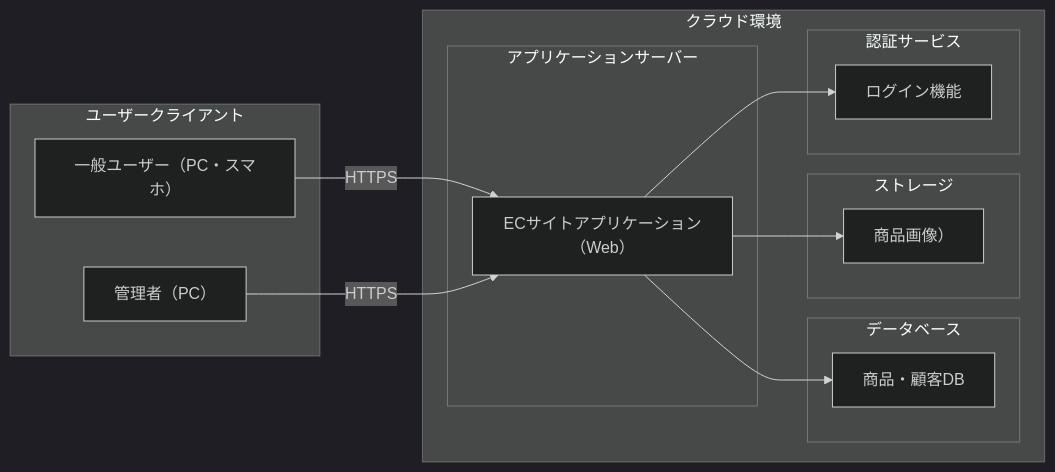
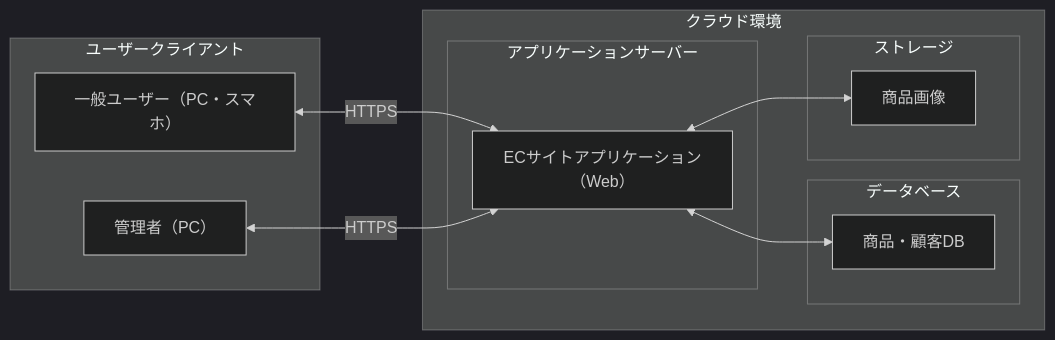
The first of 9 diagrams in 基本設計書/基本設計書.md (Rikumt12/Popcorn), drawn with Mermaid (dark theme) before and after one commit. The commit also changed other lines of this file, not shown here.

Commit message:
yamashita

````diff
--- a/基本設計書/基本設計書.md
+++ b/基本設計書/基本設計書.md
@@ -34,31 +34,26 @@
 ```mermaid
 graph LR
     subgraph ユーザークライアント
         A[一般ユーザー（PC・スマホ）]
         A2[管理者（PC）]
     end
  
     subgraph クラウド環境
         subgraph アプリケーションサーバー
             B[ECサイトアプリケーション（Web）]
         end
  
         subgraph データベース
             C[商品・顧客DB]
         end
  
         subgraph ストレージ
-            D[商品画像）]
-        end
- 
-        subgraph 認証サービス
-            E[ログイン機能]
+            D[商品画像]
         end
     end
  
-    A -->|HTTPS| B
-    A2 -->|HTTPS| B
-    B --> C
-    B --> D
-    B --> E
+    A <-->|HTTPS| B
+    A2 <-->|HTTPS| B
+    B <--> C
+    B <--> D
 ```
````
